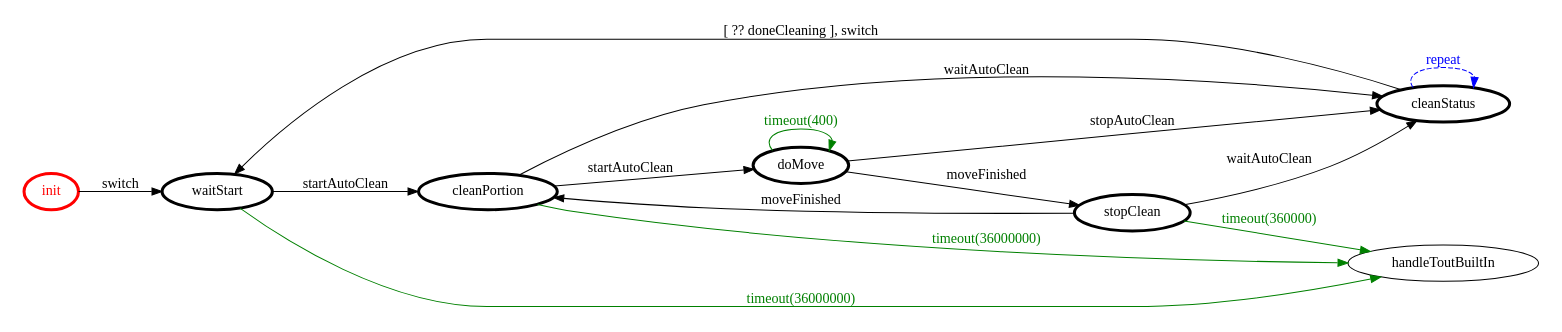
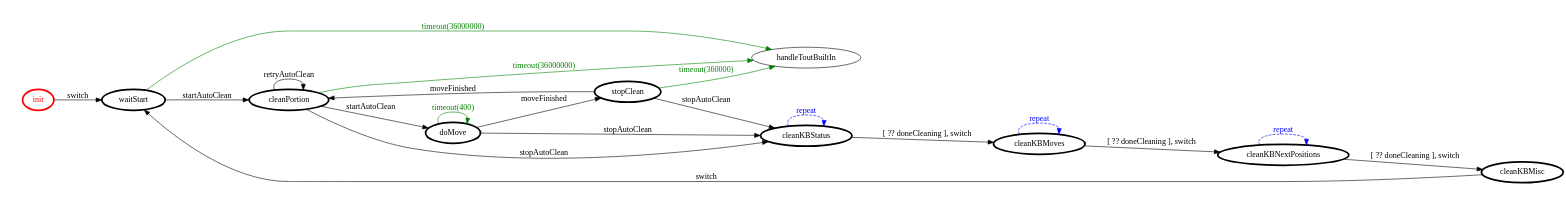
The diagram in it.unibo.finaltask/srcMore/it/unibo/cleaner/cleaner.gv (piscoTech/uniboIss2018), drawn with Graphviz before and after one commit. The commit also changed 4 other files, not shown here.

```diff
--- a/it.unibo.finaltask/srcMore/it/unibo/cleaner/cleaner.gv
+++ b/it.unibo.finaltask/srcMore/it/unibo/cleaner/cleaner.gv
@@ -1,33 +1,42 @@
 /*
 *
 * A GraphViz DOT FSM description 
 * Please use a GraphViz visualizer (like http://www.webgraphviz.com)
 *  
 */
 
 digraph finite_state_machine {
 	rankdir=LR
 	size="8,5"
 	
 	init [ color = red ][ fontcolor = red ][ penwidth = 3 ]
+	cleanKBNextPositions [ color = black ][ fontcolor = black ][ penwidth = 3 ]
+	cleanKBMisc [ color = black ][ fontcolor = black ][ penwidth = 3 ]
 	waitStart [ color = black ][ fontcolor = black ][ penwidth = 3 ]
-	cleanStatus [ color = black ][ fontcolor = black ][ penwidth = 3 ]
+	cleanKBMoves [ color = black ][ fontcolor = black ][ penwidth = 3 ]
 	doMove [ color = black ][ fontcolor = black ][ penwidth = 3 ]
+	cleanKBStatus [ color = black ][ fontcolor = black ][ penwidth = 3 ]
 	stopClean [ color = black ][ fontcolor = black ][ penwidth = 3 ]
 	cleanPortion [ color = black ][ fontcolor = black ][ penwidth = 3 ]
 	
 	doMove -> doMove [ label = "timeout(400)" ][ color = green ][ fontcolor = green ]
 	cleanPortion -> doMove [ label = "startAutoClean" ][ color = black ][ fontcolor = black ]
+	cleanKBMisc -> waitStart [ label = "switch" ][ color = black ][ fontcolor = black ]
 	stopClean -> cleanPortion [ label = "moveFinished" ][ color = black ][ fontcolor = black ]
-	doMove -> cleanStatus [ label = "stopAutoClean" ][ color = black ][ fontcolor = black ]
+	cleanKBMoves -> cleanKBNextPositions [ label = "[ ?? doneCleaning ], switch" ][ color = black ][ fontcolor = black ]
 	init -> waitStart [ label = "switch" ][ color = black ][ fontcolor = black ]
 	cleanPortion -> handleToutBuiltIn [ label = "timeout(36000000)" ][ color = green ][ fontcolor = green ]
-	cleanStatus -> cleanStatus [ label = "repeat "][ style = dashed ][ color = blue ][ fontcolor = blue ]
-	stopClean -> cleanStatus [ label = "waitAutoClean" ][ color = black ][ fontcolor = black ]
-	cleanPortion -> cleanStatus [ label = "waitAutoClean" ][ color = black ][ fontcolor = black ]
+	cleanKBStatus -> cleanKBMoves [ label = "[ ?? doneCleaning ], switch" ][ color = black ][ fontcolor = black ]
+	cleanKBNextPositions -> cleanKBNextPositions [ label = "repeat "][ style = dashed ][ color = blue ][ fontcolor = blue ]
+	cleanKBNextPositions -> cleanKBMisc [ label = "[ ?? doneCleaning ], switch" ][ color = black ][ fontcolor = black ]
 	waitStart -> cleanPortion [ label = "startAutoClean" ][ color = black ][ fontcolor = black ]
-	cleanStatus -> waitStart [ label = "[ ?? doneCleaning ], switch" ][ color = black ][ fontcolor = black ]
+	doMove -> cleanKBStatus [ label = "stopAutoClean" ][ color = black ][ fontcolor = black ]
+	cleanPortion -> cleanKBStatus [ label = "stopAutoClean" ][ color = black ][ fontcolor = black ]
+	stopClean -> cleanKBStatus [ label = "stopAutoClean" ][ color = black ][ fontcolor = black ]
+	cleanPortion -> cleanPortion [ label = "retryAutoClean" ][ color = black ][ fontcolor = black ]
 	doMove -> stopClean [ label = "moveFinished" ][ color = black ][ fontcolor = black ]
 	waitStart -> handleToutBuiltIn [ label = "timeout(36000000)" ][ color = green ][ fontcolor = green ]
 	stopClean -> handleToutBuiltIn [ label = "timeout(360000)" ][ color = green ][ fontcolor = green ]
+	cleanKBStatus -> cleanKBStatus [ label = "repeat "][ style = dashed ][ color = blue ][ fontcolor = blue ]
+	cleanKBMoves -> cleanKBMoves [ label = "repeat "][ style = dashed ][ color = blue ][ fontcolor = blue ]
 }
```
